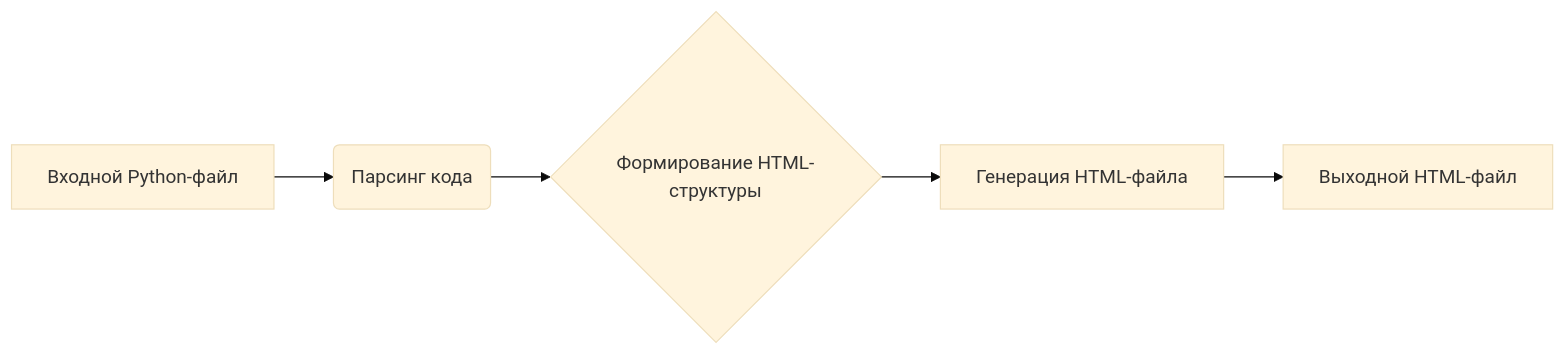
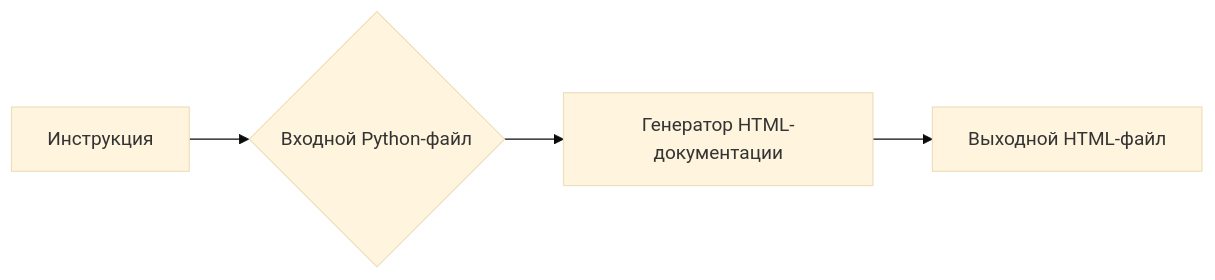
The diagram in docs/gemini/ru/explainer/src/endpoints/hypo69/code_assistant/instructions/instruction_doc_writer_html_ru.md (hypo69/hypo), drawn with Mermaid (base theme) before and after one commit. The commit also changed other lines of this file and 468 other files, not shown here.

````diff
--- a/docs/gemini/ru/explainer/src/endpoints/hypo69/code_assistant/instructions/instruction_doc_writer_html_ru.md
+++ b/docs/gemini/ru/explainer/src/endpoints/hypo69/code_assistant/instructions/instruction_doc_writer_html_ru.md
@@ -99,7 +90,6 @@
 ```mermaid
 graph LR
-    A[Входной Python-файл] --> B(Парсинг кода);
-    B --> C{Формирование HTML-структуры};
-    C --> D[Генерация HTML-файла];
-    D --> E[Выходной HTML-файл];
+    A[Инструкция] --> B{Входной Python-файл};
+    B --> C[Генератор HTML-документации];
+    C --> D[Выходной HTML-файл];
 ```
````
